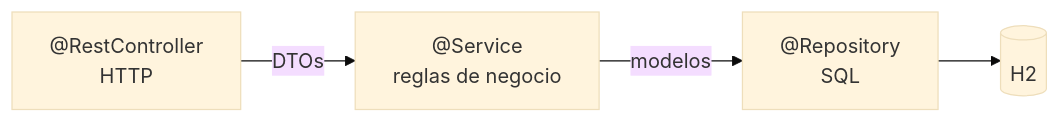
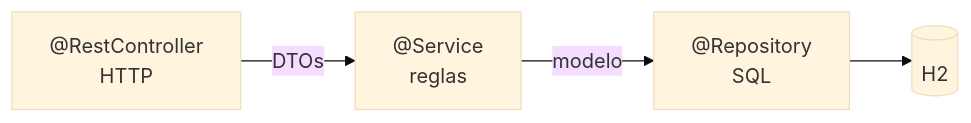
The first of 2 diagrams in docs/ut4/03-repositorios-servicios-dtos.md (campusdevfp/dwes2627), drawn with Mermaid (base theme) before and after one commit. The commit also changed other lines of this file and 22 other files, not shown here.

````diff
--- a/docs/ut4/03-repositorios-servicios-dtos.md
+++ b/docs/ut4/03-repositorios-servicios-dtos.md
@@ -5,6 +5,6 @@
 ```mermaid
 flowchart LR
-    C["@RestController<br/>HTTP"] -->|DTOs| S["@Service<br/>reglas de negocio"]
-    S -->|modelos| R["@Repository<br/>SQL"]
+    C["@RestController<br/>HTTP"] -->|DTOs| S["@Service<br/>reglas"]
+    S -->|modelo| R["@Repository<br/>SQL"]
     R --> BD[("H2")]
 ```
````
